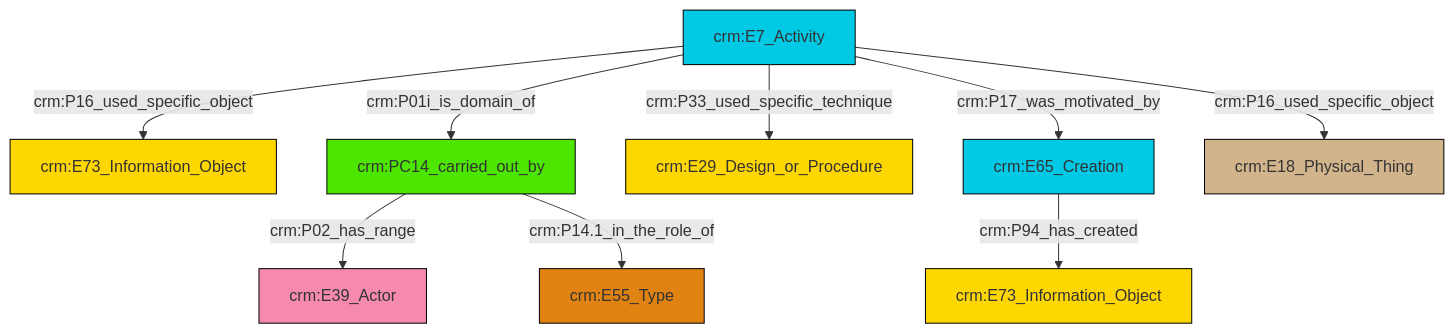
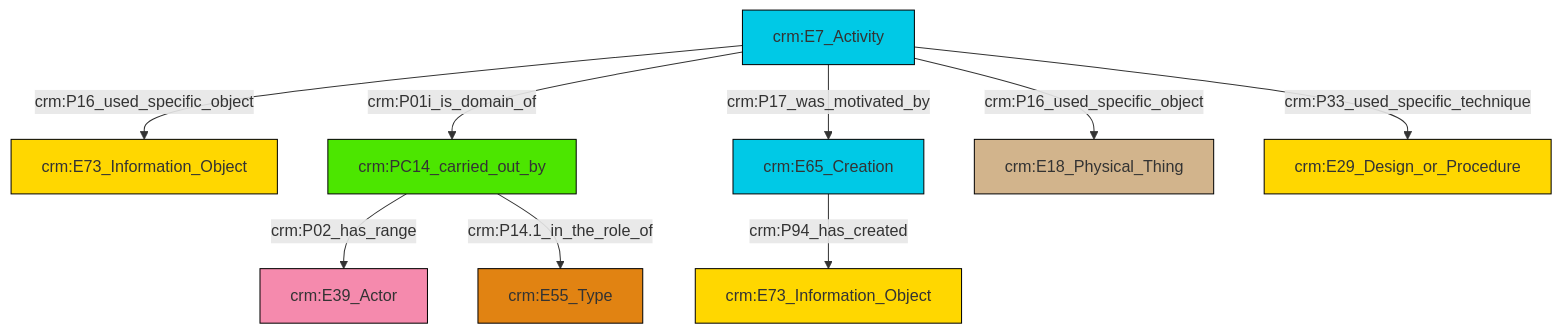
Before and after one commit to swiss-art-research-net/reference-data-models: the diagram in et/eventCSV/ttl/mmd/event_participation.ttl.mmd, drawn with Mermaid. The commit also changed 150 other files, not shown here.

```diff
--- a/et/eventCSV/ttl/mmd/event_participation.ttl.mmd
+++ b/et/eventCSV/ttl/mmd/event_participation.ttl.mmd
@@ -1,23 +1,23 @@
 graph TD
 classDef Literal fill:#f2f2f2,stroke:#000000;
 classDef CRM_Entity fill:#FFFFFF,stroke:#000000;
 classDef Temporal_Entity fill:#00C9E6, stroke:#000000;
 classDef Type fill:#E18312, stroke:#000000;
 classDef Time-Span fill:#2C9C91, stroke:#000000;
 classDef Appellation fill:#FFEB7F, stroke:#000000;
 classDef Place fill:#008836, stroke:#000000;
 classDef Persistent_Item fill:#B266B2, stroke:#000000;
 classDef Conceptual_Object fill:#FFD700, stroke:#000000;
 classDef Physical_Thing fill:#D2B48C, stroke:#000000;
 classDef Actor fill:#f58aad, stroke:#000000;
 classDef PC_Classes fill:#4ce600, stroke:#000000;
 classDef Multi fill:#cccccc,stroke:#000000;
 
 2["crm:E7_Activity"]:::Temporal_Entity -->|crm:P16_used_specific_object| 3["crm:E73_Information_Object"]:::Conceptual_Object
-4["crm:PC14_carried_out_by"]:::PC_Classes -->|crm:P02_has_range| 5["crm:E39_Actor"]:::Actor
-2["crm:E7_Activity"]:::Temporal_Entity -->|crm:P33_used_specific_technique| 6["crm:E29_Design_or_Procedure"]:::Conceptual_Object
-4["crm:PC14_carried_out_by"]:::PC_Classes -->|crm:P14.1_in_the_role_of| 9["crm:E55_Type"]:::Type
-2["crm:E7_Activity"]:::Temporal_Entity -->|crm:P01i_is_domain_of| 4["crm:PC14_carried_out_by"]:::PC_Classes
-7["crm:E65_Creation"]:::Temporal_Entity -->|crm:P94_has_created| 0["crm:E73_Information_Object"]:::Conceptual_Object
-2["crm:E7_Activity"]:::Temporal_Entity -->|crm:P17_was_motivated_by| 7["crm:E65_Creation"]:::Temporal_Entity
-2["crm:E7_Activity"]:::Temporal_Entity -->|crm:P16_used_specific_object| 13["crm:E18_Physical_Thing"]:::Physical_Thing
+4["crm:E65_Creation"]:::Temporal_Entity -->|crm:P94_has_created| 5["crm:E73_Information_Object"]:::Conceptual_Object
+7["crm:PC14_carried_out_by"]:::PC_Classes -->|crm:P02_has_range| 0["crm:E39_Actor"]:::Actor
+2["crm:E7_Activity"]:::Temporal_Entity -->|crm:P16_used_specific_object| 10["crm:E18_Physical_Thing"]:::Physical_Thing
+2["crm:E7_Activity"]:::Temporal_Entity -->|crm:P33_used_specific_technique| 12["crm:E29_Design_or_Procedure"]:::Conceptual_Object
+7["crm:PC14_carried_out_by"]:::PC_Classes -->|crm:P14.1_in_the_role_of| 15["crm:E55_Type"]:::Type
+2["crm:E7_Activity"]:::Temporal_Entity -->|crm:P01i_is_domain_of| 7["crm:PC14_carried_out_by"]:::PC_Classes
+2["crm:E7_Activity"]:::Temporal_Entity -->|crm:P17_was_motivated_by| 4["crm:E65_Creation"]:::Temporal_Entity
```
